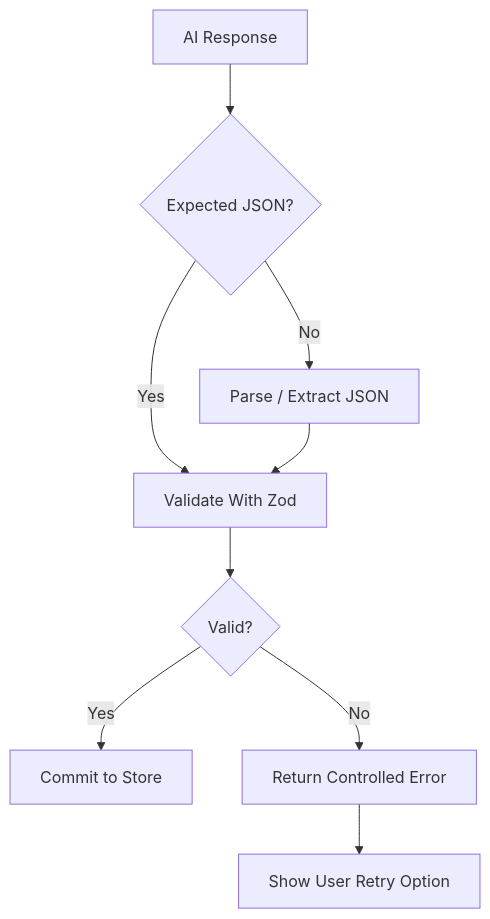
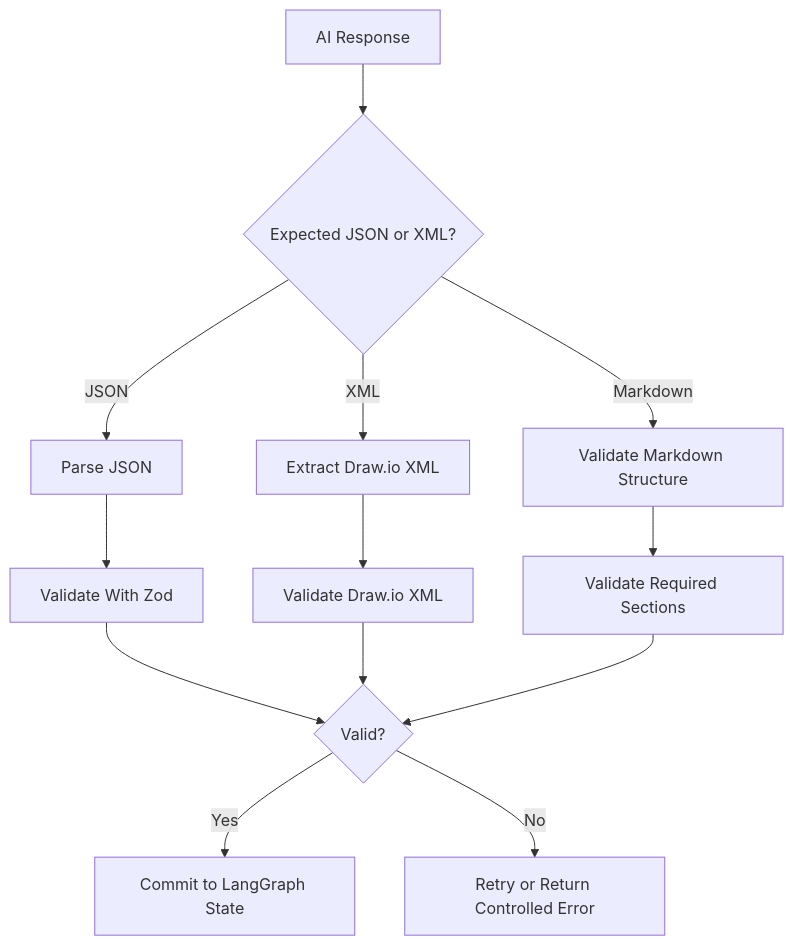
Before and after one commit to ProductMasterz/Mujarrad-Frontend: diagram 14 of 19 in Docs/system-design-detailed-plan.md, drawn with Mermaid. The commit also changed other lines of this file, not shown here.

Commit message:
Refine system design architecture plan

````diff
--- a/Docs/system-design-detailed-plan.md
+++ b/Docs/system-design-detailed-plan.md
@@ -1850,11 +1835,18 @@
 ```mermaid
 flowchart TD
-    A[AI Response] --> B{Expected JSON?}
-    B -->|No| C[Parse / Extract JSON]
-    B -->|Yes| D[Validate With Zod]
-    C --> D
-    D --> E{Valid?}
-    E -->|Yes| F[Commit to Store]
-    E -->|No| G[Return Controlled Error]
-    G --> H[Show User Retry Option]
+    A[AI Response] --> B{Expected JSON or XML?}
+    B -->|JSON| C[Parse JSON]
+    B -->|XML| D[Extract Draw.io XML]
+    B -->|Markdown| E[Validate Markdown Structure]
+
+    C --> F[Validate With Zod]
+    D --> G[Validate Draw.io XML]
+    E --> H[Validate Required Sections]
+
+    F --> I{Valid?}
+    G --> I
+    H --> I
+
+    I -->|Yes| J[Commit to LangGraph State]
+    I -->|No| K[Retry or Return Controlled Error]
 ```
````
